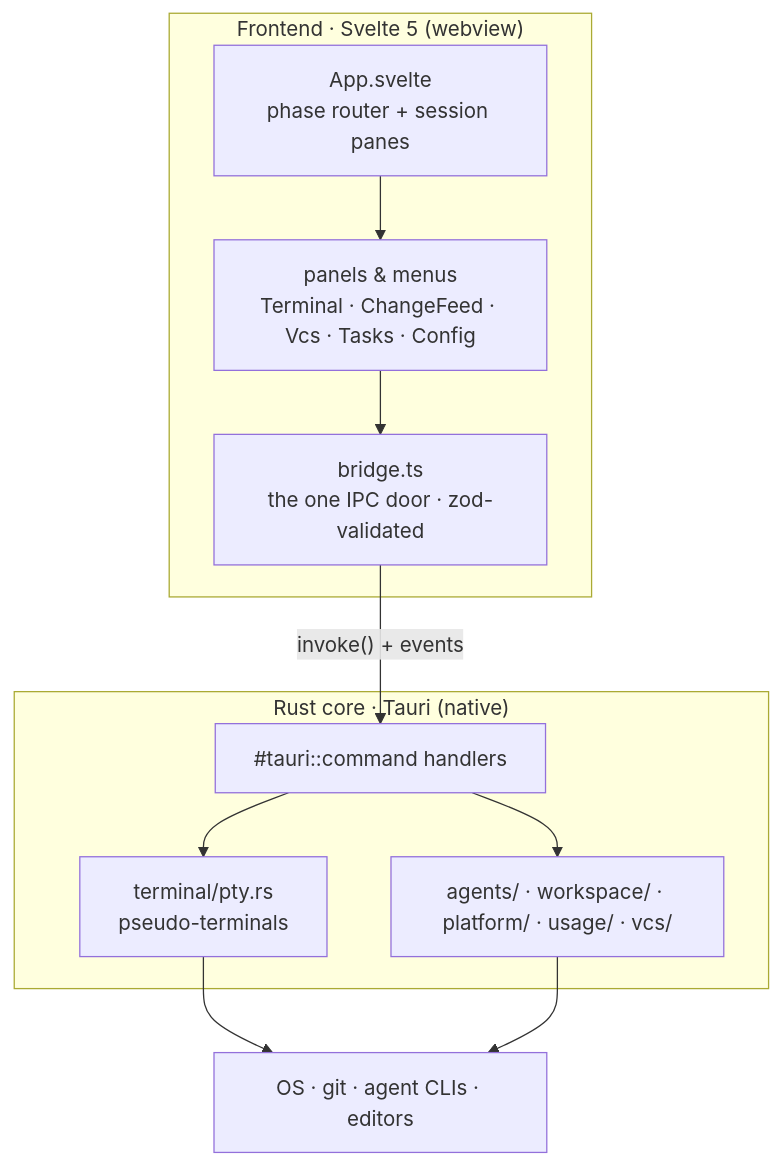
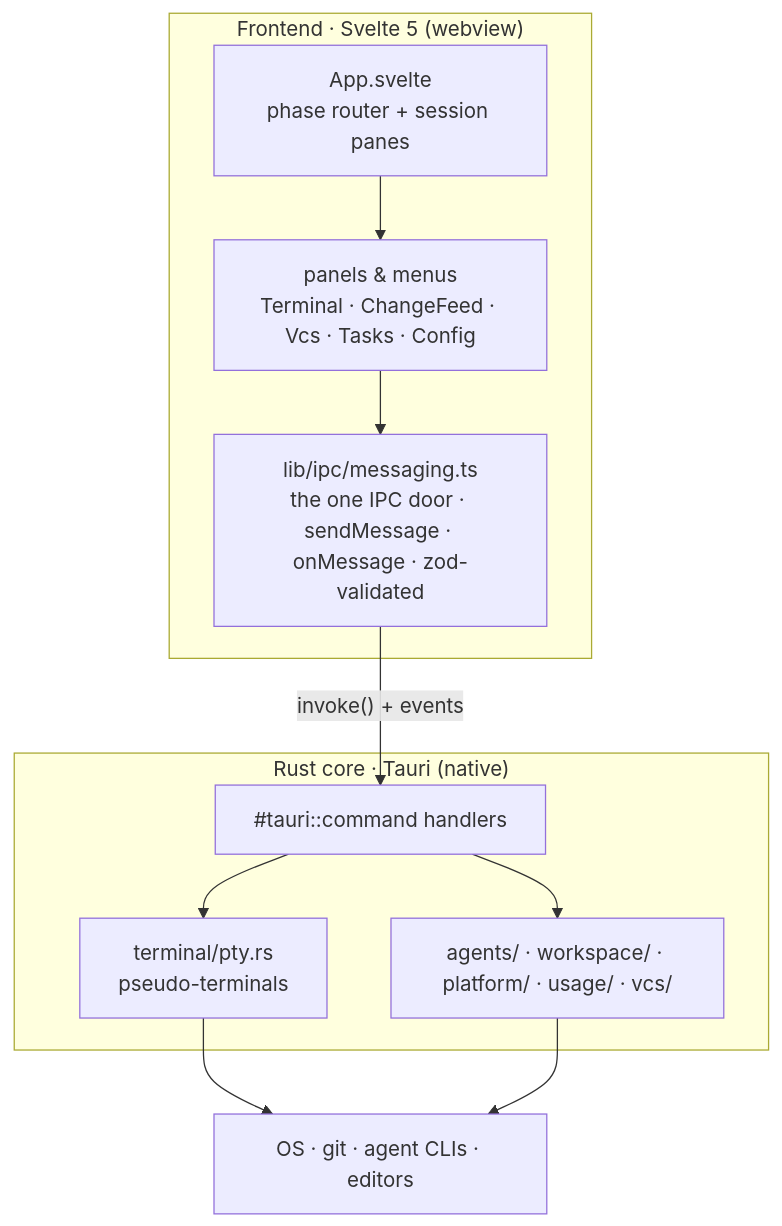
The second of 10 diagrams in ARCHITECTURE.md (avi12/pade), drawn with Mermaid before and after one commit. The commit also changed other lines of this file and 7 other files, not shown here.

First line of the commit message:
refactor(ipc): retire bridge.ts and document the messaging layer

````diff
--- a/ARCHITECTURE.md
+++ b/ARCHITECTURE.md
@@ -39,20 +71,20 @@
 ```mermaid
 flowchart TB
   subgraph FE["Frontend · Svelte 5 (webview)"]
     App["App.svelte<br/>phase router + session panes"]
     Panels["panels &amp; menus<br/>Terminal · ChangeFeed · Vcs · Tasks · Config"]
-    Bridge["bridge.ts<br/>the one IPC door · zod-validated"]
+    Bridge["lib/ipc/messaging.ts<br/>the one IPC door · sendMessage · onMessage · zod-validated"]
   end
   subgraph BE["Rust core · Tauri (native)"]
     Cmds["#tauri::command handlers"]
     Pty["terminal/pty.rs<br/>pseudo-terminals"]
     Rest["agents/ · workspace/ · platform/ · usage/ · vcs/"]
   end
   OS["OS · git · agent CLIs · editors"]
   App --> Panels --> Bridge
   Bridge -->|"invoke() + events"| Cmds
   Cmds --> Pty
   Cmds --> Rest
   Pty --> OS
   Rest --> OS
 ```
````
